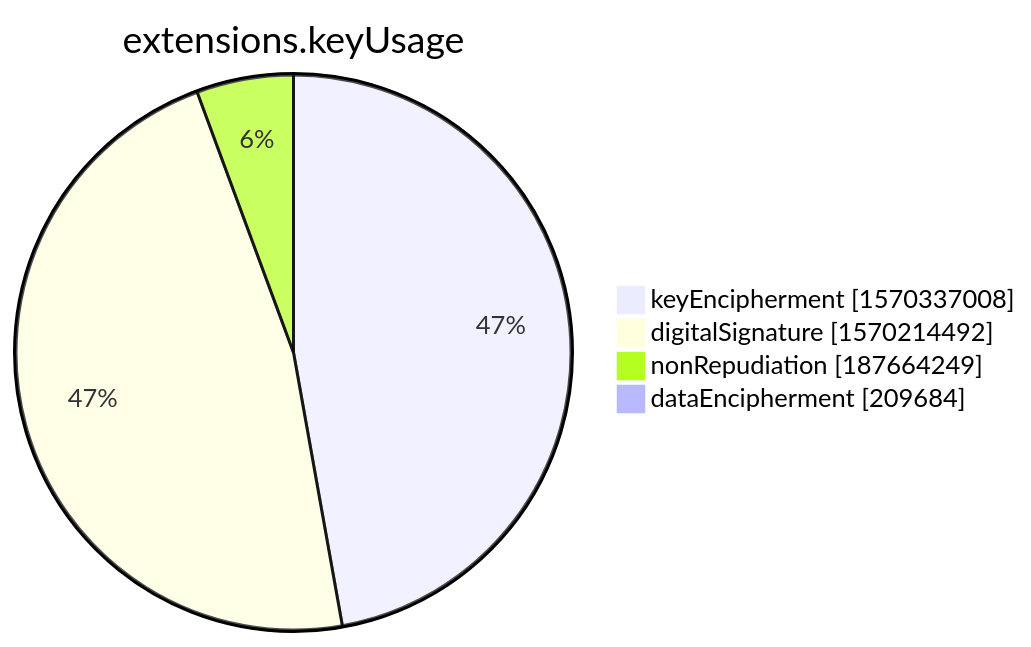
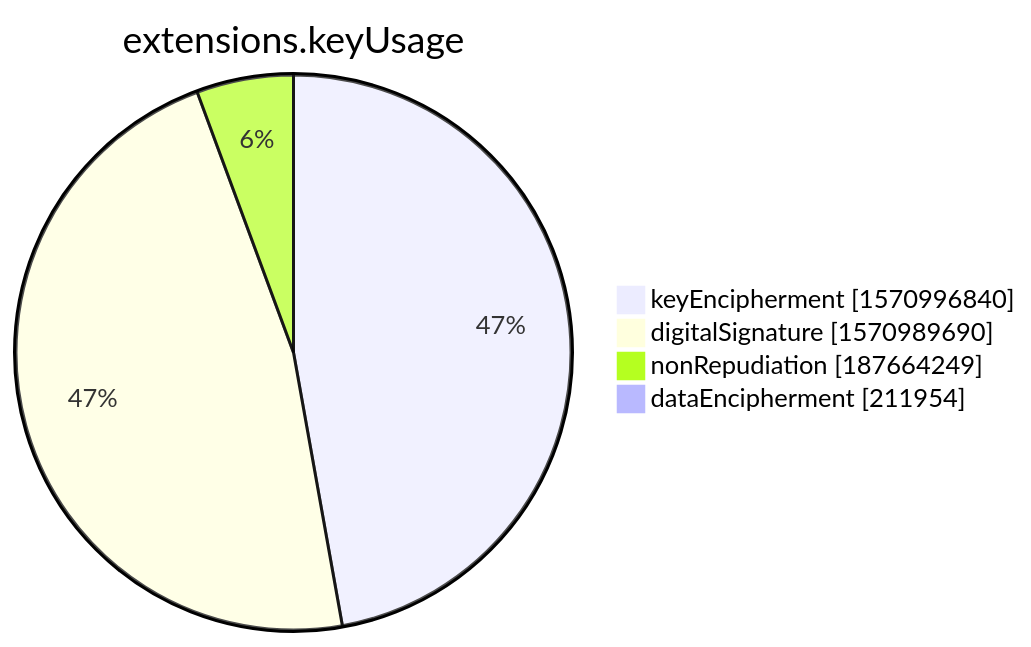
One commit to christiankrug/ctmonitor_visualization changed the seventh of 15 diagrams in xenon2022/README.md. Above: the diagram before and after it, drawn with Mermaid. The commit also changed other lines of this file, not shown here.

````diff
--- a/xenon2022/README.md
+++ b/xenon2022/README.md
@@ -2853,8 +2853,8 @@
 ```mermaid
 pie showData
 title extensions.keyUsage
-"keyEncipherment" :1570337008
-"digitalSignature" :1570214492
+"keyEncipherment" :1570996840
+"digitalSignature" :1570989690
 "nonRepudiation" :187664249
-"dataEncipherment" :209684
+"dataEncipherment" :211954
 ```
````
